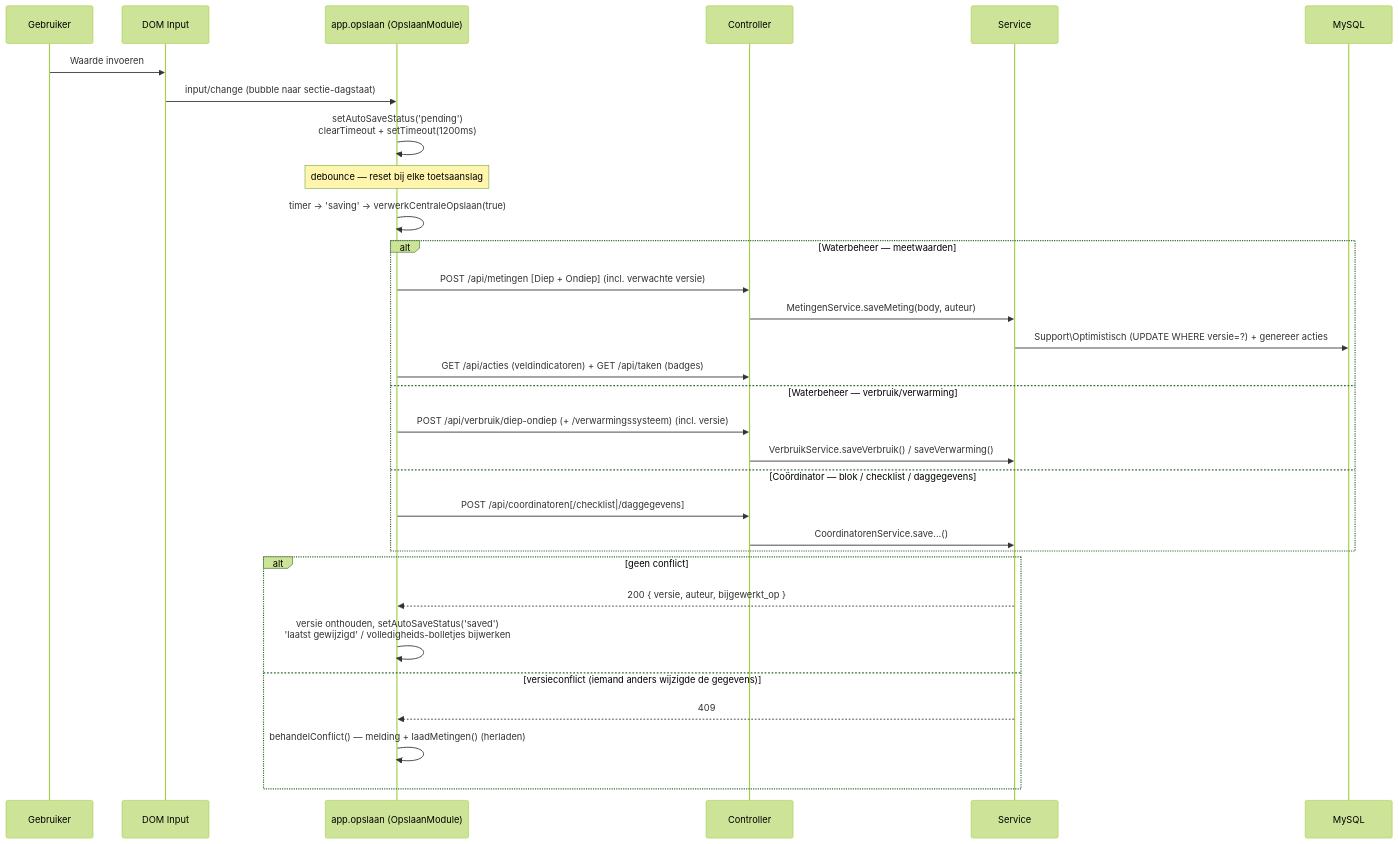
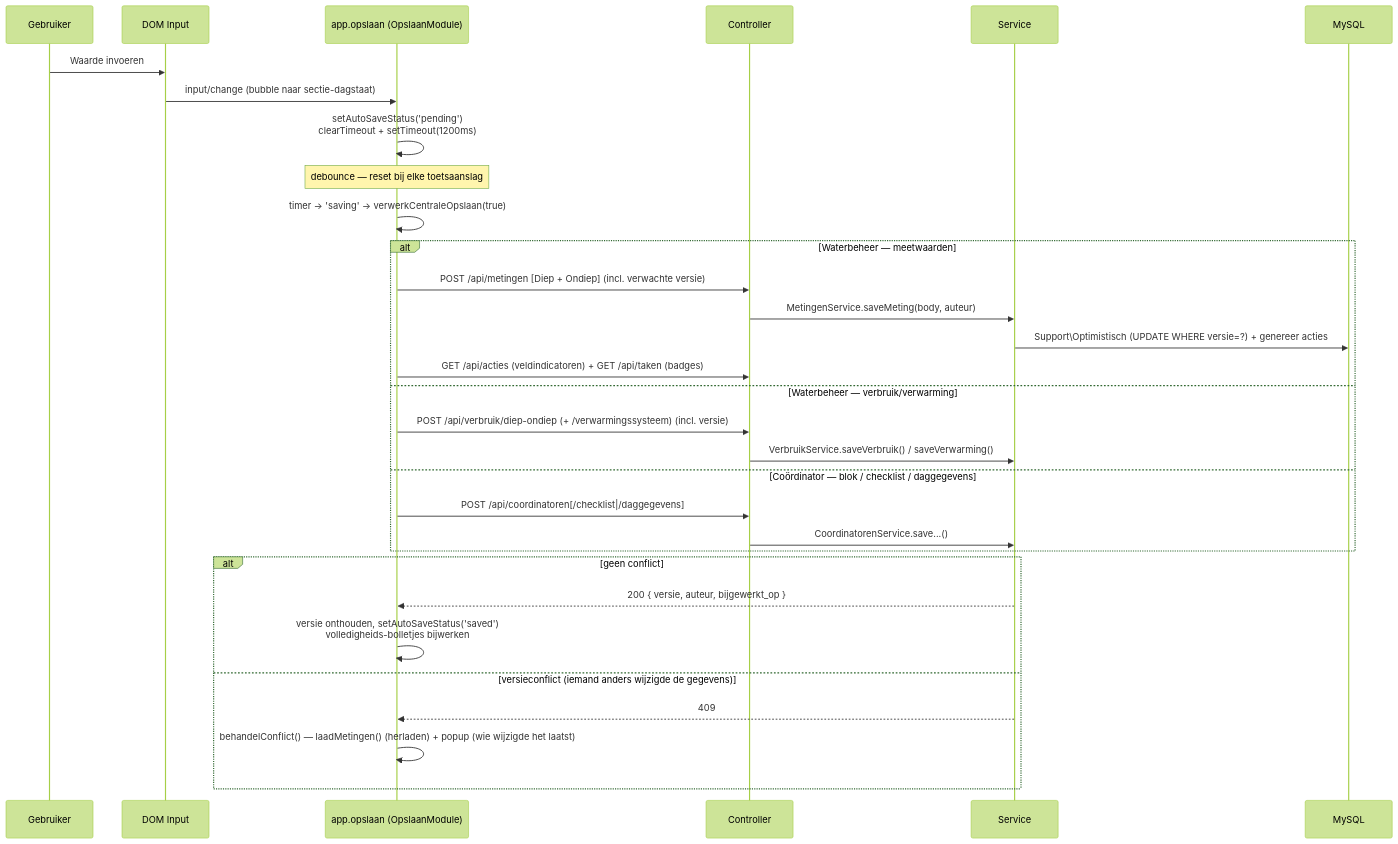
The third of 3 diagrams in docs/architecture/flows.md (pjgheijmans/NewSiteWaterbeheerDeBercken), drawn with Mermaid (forest theme) before and after one commit. The commit also changed 16 other files, not shown here.

````diff
--- a/docs/architecture/flows.md
+++ b/docs/architecture/flows.md
@@ -128,37 +128,37 @@
 ```mermaid
 sequenceDiagram
     participant U as Gebruiker
     participant DOM as DOM Input
     participant Save as app.opslaan (OpslaanModule)
     participant Ctrl as Controller
     participant Svc as Service
     participant DB as MySQL
 
     U->>DOM: Waarde invoeren
     DOM->>Save: input/change (bubble naar sectie-dagstaat)
     Save->>Save: setAutoSaveStatus('pending')<br/>clearTimeout + setTimeout(1200ms)
     Note over Save: debounce — reset bij elke toetsaanslag
 
     Save->>Save: timer → 'saving' → verwerkCentraleOpslaan(true)
 
     alt Waterbeheer — meetwaarden
         Save->>Ctrl: POST /api/metingen [Diep + Ondiep] (incl. verwachte versie)
         Ctrl->>Svc: MetingenService.saveMeting(body, auteur)
         Svc->>DB: Support\Optimistisch (UPDATE WHERE versie=?) + genereer acties
         Save->>Ctrl: GET /api/acties (veldindicatoren) + GET /api/taken (badges)
     else Waterbeheer — verbruik/verwarming
         Save->>Ctrl: POST /api/verbruik/diep-ondiep (+ /verwarmingssysteem) (incl. versie)
         Ctrl->>Svc: VerbruikService.saveVerbruik() / saveVerwarming()
     else Coördinator — blok / checklist / daggegevens
         Save->>Ctrl: POST /api/coordinatoren[/checklist|/daggegevens]
         Ctrl->>Svc: CoordinatorenService.save...()
     end
 
     alt geen conflict
         Svc-->>Save: 200 { versie, auteur, bijgewerkt_op }
-        Save->>Save: versie onthouden, setAutoSaveStatus('saved')<br/>'laatst gewijzigd' / volledigheids-bolletjes bijwerken
+        Save->>Save: versie onthouden, setAutoSaveStatus('saved')<br/>volledigheids-bolletjes bijwerken
     else versieconflict (iemand anders wijzigde de gegevens)
         Svc-->>Save: 409
-        Save->>Save: behandelConflict() — melding + laadMetingen() (herladen)
+        Save->>Save: behandelConflict() — laadMetingen() (herladen) + popup (wie wijzigde het laatst)
     end
 ```
````
